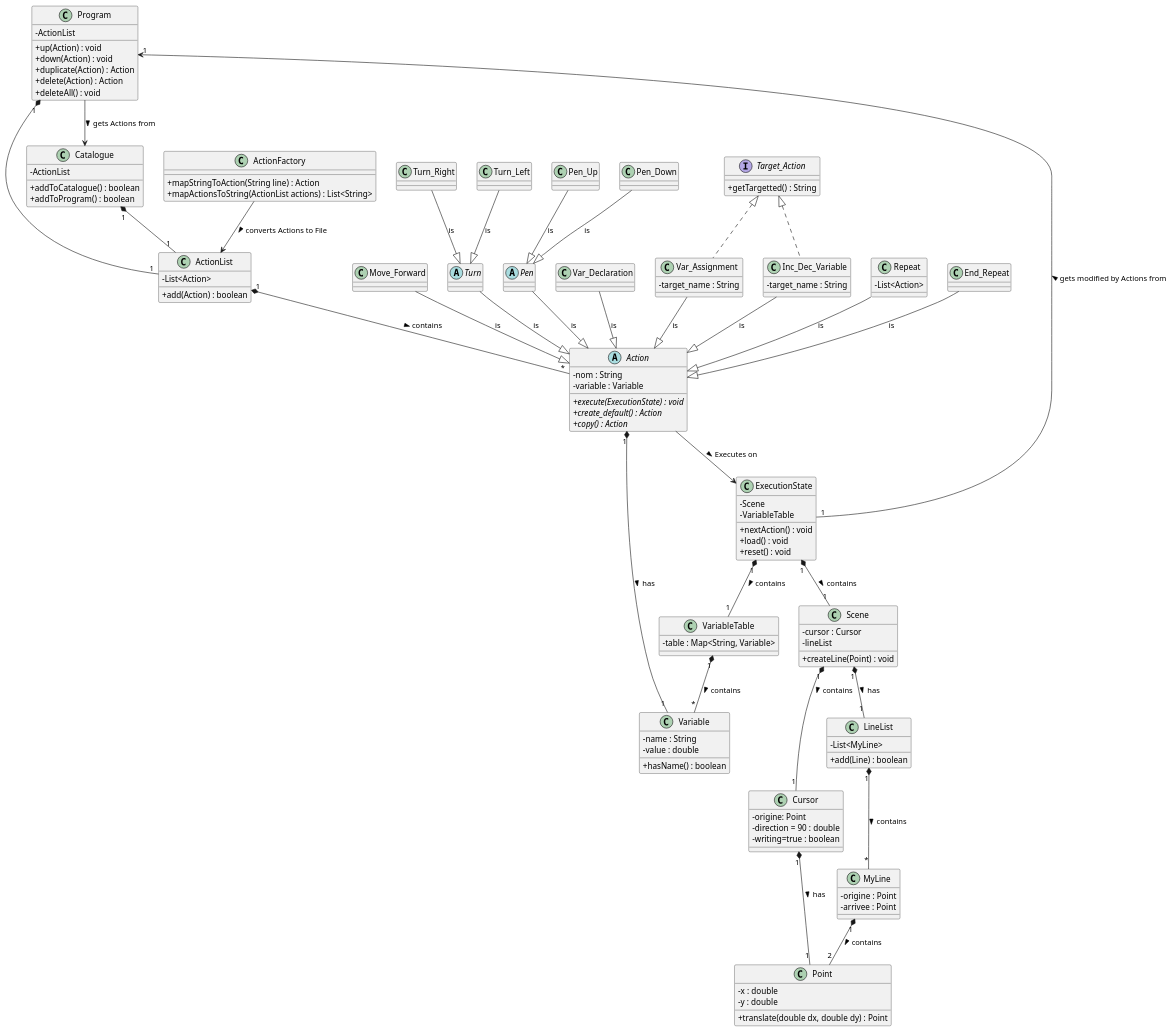
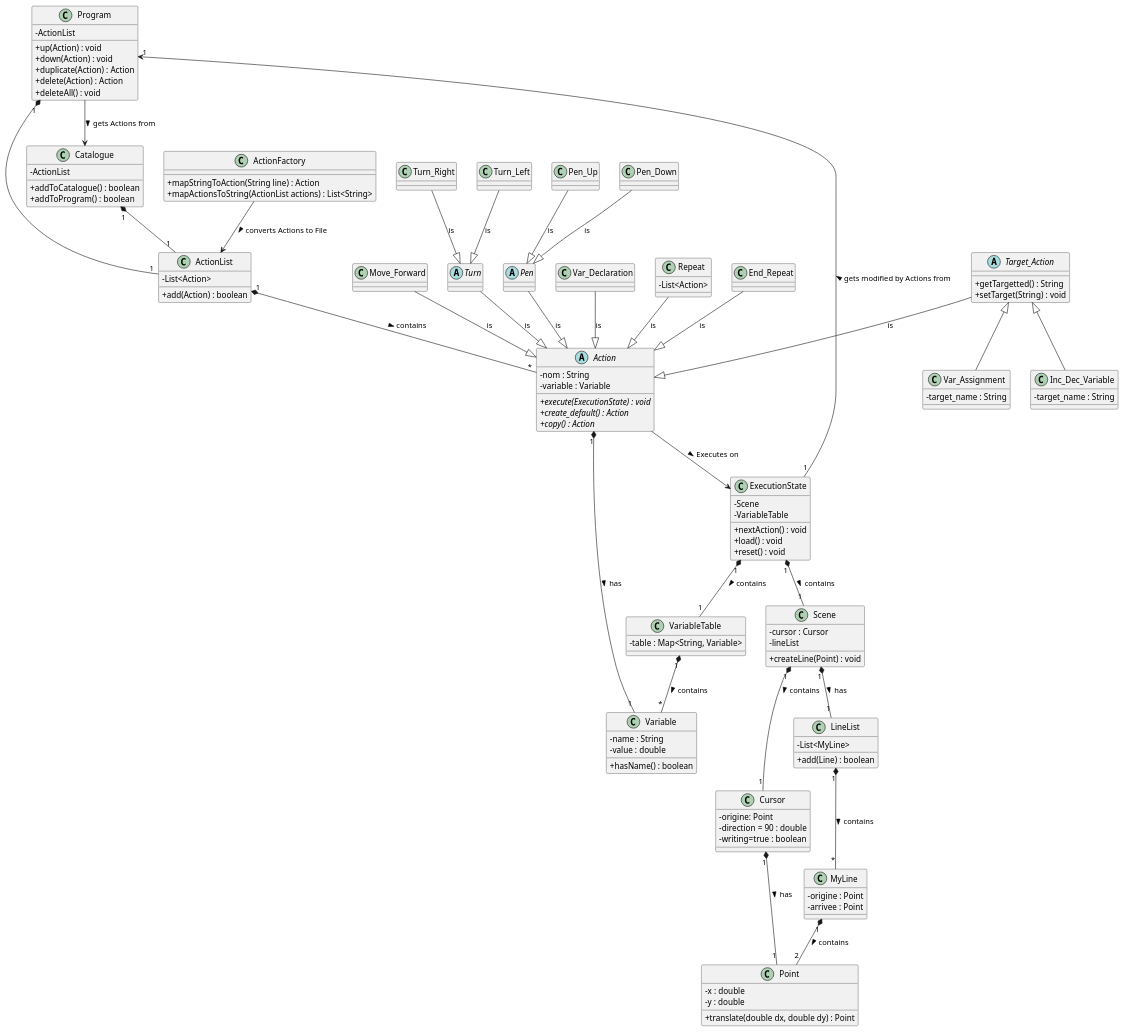
One commit to ajeridi/scratchlike-project changed the diagram in diagramme_classes.puml. Above: the diagram before and after it, drawn with PlantUML. The commit also changed 5 other files, not shown here.

```diff
--- a/diagramme_classes.puml
+++ b/diagramme_classes.puml
@@ -1,176 +1,176 @@
 @startuml
 
 skinparam Shadowing false               /' Désactive l'effet d'ombre sur les éléments '/
 skinparam classAttributeIconSize 0      /' Taille des icônes d'attribut de classe (ici 0 pour les cacher) '/
 skinparam defaultFontName Consolas      /' Utilisation de la police Consolas par défaut '/
 !pragma useIntermediatePackages false   /' Désactive l'utilisation de packages intermédiaires '/
 
 
 class Program {
      - ActionList
      + up(Action) : void
      + down(Action) : void
      + duplicate(Action) : Action
      + delete(Action) : Action
      + deleteAll() : void
 }
 
 class ActionList{
     - List<Action>
     + add(Action) : boolean
 }
 
 
 class Catalogue {
     - ActionList
     + addToCatalogue() : boolean
     + addToProgram() : boolean
 }
 
 class ActionFactory {
     + mapStringToAction(String line) : Action
     +  mapActionsToString(ActionList actions) : List<String>
 }
 
 abstract class Action {
     - nom : String
     - variable : Variable
     + {abstract} execute(ExecutionState) : void
     + {abstract} create_default() : Action
     + {abstract} copy() : Action
 }
 
 
 class Variable {
     - name : String
     - value : double
     + hasName() : boolean
 }
 
 class Move_Forward {
 }
 
 abstract class Turn {
 }
 
 class Turn_Right {
 }
 
 class Turn_Left {
 }
 
 abstract class Pen {
 
 }
 
 class Pen_Up {
 }
 
 class Pen_Down {
 }
 
 class Var_Declaration {
     /'declare une variable'/
 }
 
 class Var_Assignment {
     /'Assigne une variable'/
     - target_name : String
 }
 
 class Inc_Dec_Variable {
     /'Incrémente ou décrémente la variable'/
     - target_name : String
 }
 
-interface Target_Action {
+abstract class Target_Action {
     + getTargetted() : String
+    + setTarget(String) : void
 }
 
 class Repeat {
     - List<Action>
 }
 
 class End_Repeat{
 }
 
 class VariableTable {
     - table : Map<String, Variable>
 }
 
 class ExecutionState {
     - Scene
     - VariableTable
     + nextAction() : void
     + load() : void
     + reset() : void
 }
 
 class Scene {
     - cursor : Cursor
     - lineList
     + createLine(Point) : void
 }
 
 class Cursor {
     - origine: Point
     - direction = 90 : double
     - writing=true : boolean
 }
 
 class LineList {
     - List<MyLine>
     + add(Line) : boolean
 }
 
 class MyLine {
     - origine : Point
     - arrivee : Point
 }
 
 class Point {
     - x : double
     - y : double
     + translate(double dx, double dy) : Point
 }
 
 
 Move_Forward --|> Action : is
 Turn --|> Action : is
 Turn_Right --|> Turn : is
 Turn_Left --|> Turn : is
 
 Pen --|> Action : is
 Pen_Up --|> Pen : is
 Pen_Down --|> Pen : is
 Var_Declaration --|> Action: is
-Var_Assignment --|> Action: is
-Inc_Dec_Variable --|> Action: is
+Target_Action --|> Action: is
 Repeat --|> Action : is
 End_Repeat --|> Action : is
 
 ActionFactory --> ActionList : > converts Actions to File
 Action --> ExecutionState : > Executes on
 Program "1"*--"1" ActionList
 ActionList "1"*--"*" Action : > contains
 Catalogue "1"*--"1" ActionList
 Action "1"*--"1" Variable : > has
 
 VariableTable "1"*--"*" Variable : > contains
 
 ExecutionState "1"*--"1" Scene : > contains
 ExecutionState "1"*--"1" VariableTable : > contains
 
 Scene "1"*--"1" Cursor : > contains
 Scene "1"*--"1" LineList : > has
 LineList "1"*--"*" MyLine : > contains
 Cursor "1"*--"1" Point : > has
 MyLine "1"*--"2" Point : > contains
 
 ExecutionState "1"-->"1" Program : > gets modified by Actions from
 
 Program --> Catalogue : >  gets Actions from
 
-class Var_Assignment implements Target_Action
-class Inc_Dec_Variable implements Target_Action
+class Var_Assignment extends Target_Action
+class Inc_Dec_Variable extends Target_Action
 @enduml
```
